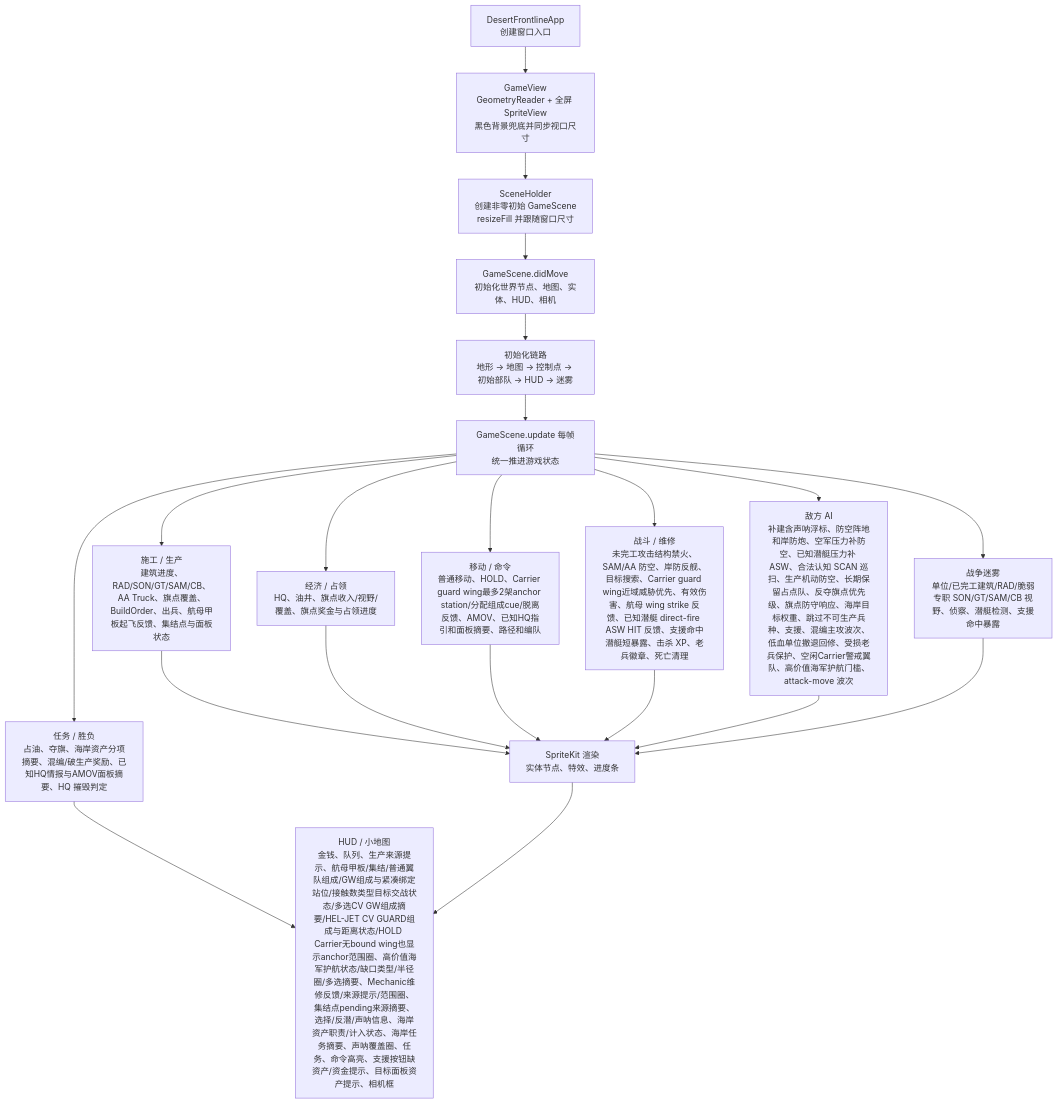
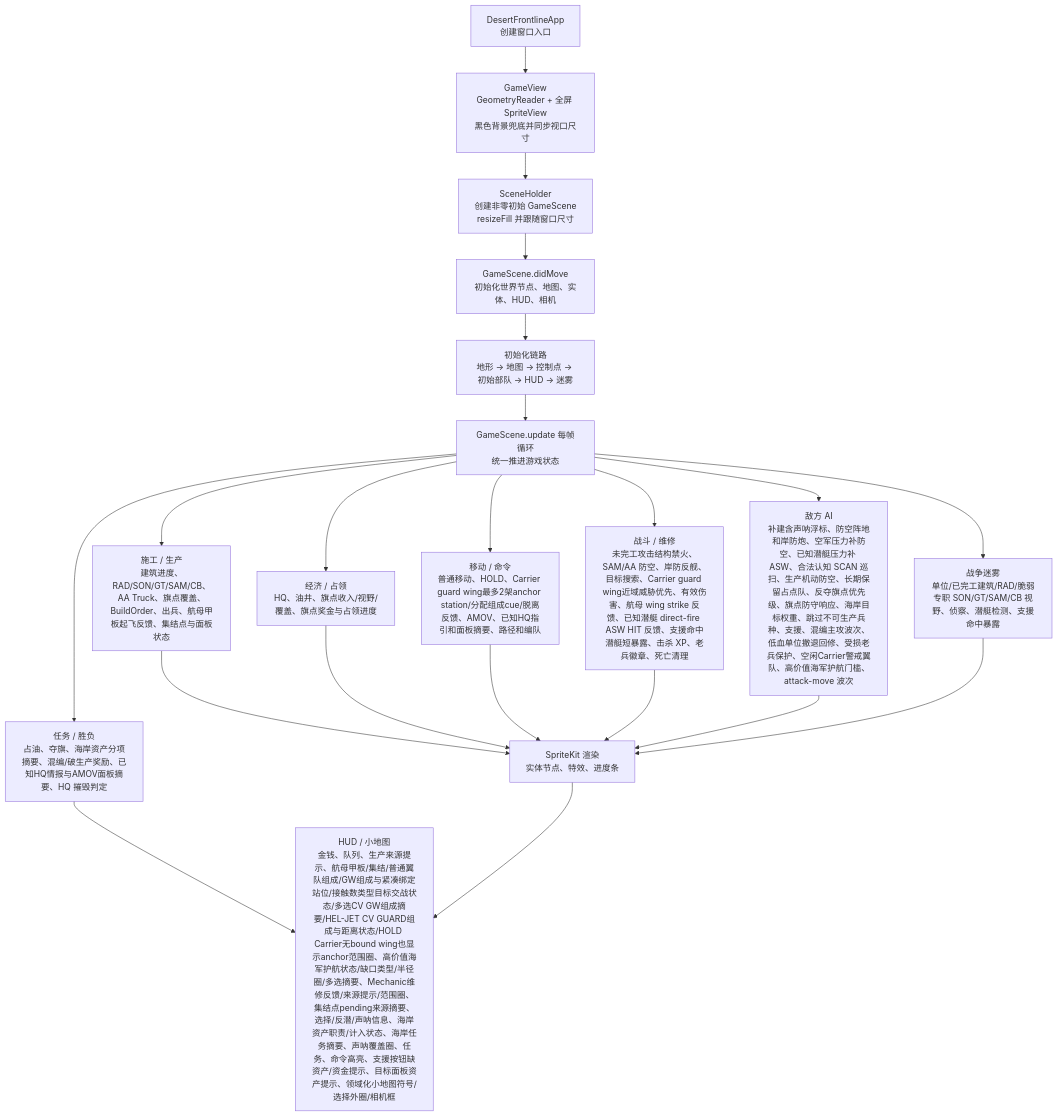
One commit to Altman-sam114/1145 changed the first of 3 diagrams in md/flow/flowchart.md. Above: the diagram before and after it, drawn with Mermaid. The commit also changed 4 other files, not shown here.

Commit message:
v4.71: 强化小地图海空态势图标

````diff
--- a/md/flow/flowchart.md
+++ b/md/flow/flowchart.md
@@ -9,23 +9,23 @@
 ```mermaid
 flowchart TD
   App["DesertFrontlineApp\n创建窗口入口"] --> View["GameView\nGeometryReader + 全屏 SpriteView\n黑色背景兜底并同步视口尺寸"]
   View --> Holder["SceneHolder\n创建非零初始 GameScene\nresizeFill 并跟随窗口尺寸"]
   Holder --> Scene["GameScene.didMove\n初始化世界节点、地图、实体、HUD、相机"]
   Scene --> Init["初始化链路\n地形 -> 地图 -> 控制点 -> 初始部队 -> HUD -> 迷雾"]
   Init --> Loop["GameScene.update 每帧循环\n统一推进游戏状态"]
   Loop --> Build["施工 / 生产\n建筑进度、RAD/SON/GT/SAM/CB、AA Truck、旗点覆盖、BuildOrder、出兵、航母甲板起飞反馈、集结点与面板状态"]
   Loop --> Economy["经济 / 占领\nHQ、油井、旗点收入/视野/覆盖、旗点奖金与占领进度"]
   Loop --> Commands["移动 / 命令\n普通移动、HOLD、Carrier guard wing最多2架anchor station/分配组成cue/脱离反馈、AMOV、已知HQ指引和面板摘要、路径和编队"]
   Loop --> Combat["战斗 / 维修\n未完工攻击结构禁火、SAM/AA 防空、岸防反舰、目标搜索、Carrier guard wing近域威胁优先、有效伤害、航母 wing strike 反馈、已知潜艇 direct-fire ASW HIT 反馈、支援命中潜艇短暴露、击杀 XP、老兵徽章、死亡清理"]
   Loop --> AI["敌方 AI\n补建含声呐浮标、防空阵地和岸防炮、空军压力补防空、已知潜艇压力补 ASW、合法认知 SCAN 巡扫、生产机动防空、长期保留占点队、反夺旗点优先级、旗点防守响应、海岸目标权重、跳过不可生产兵种、支援、混编主攻波次、低血单位撤退回修、受损老兵保护、空闲Carrier警戒翼队、高价值海军护航门槛、attack-move 波次"]
   Loop --> Fog["战争迷雾\n单位/已完工建筑/RAD/脆弱专职 SON/GT/SAM/CB 视野、侦察、潜艇检测、支援命中暴露"]
   Loop --> Mission["任务 / 胜负\n占油、夺旗、海岸资产分项摘要、混编/破生产奖励、已知HQ情报与AMOV面板摘要、HQ 摧毁判定"]
   Build --> Render["SpriteKit 渲染\n实体节点、特效、进度条"]
   Economy --> Render
   Commands --> Render
   Combat --> Render
   AI --> Render
   Fog --> Render
-  Mission --> HUD["HUD / 小地图\n金钱、队列、生产来源提示、航母甲板/集结/普通翼队组成/GW组成与紧凑绑定站位/接触数类型目标交战状态/多选CV GW组成摘要/HEL-JET CV GUARD组成与距离状态/HOLD Carrier无bound wing也显示anchor范围圈、高价值海军护航状态/缺口类型/半径圈/多选摘要、Mechanic维修反馈/来源提示/范围圈、集结点pending来源摘要、选择/反潜/声呐信息、海岸资产职责/计入状态、海岸任务摘要、声呐覆盖圈、任务、命令高亮、支援按钮缺资产/资金提示、目标面板资产提示、相机框"]
+  Mission --> HUD["HUD / 小地图\n金钱、队列、生产来源提示、航母甲板/集结/普通翼队组成/GW组成与紧凑绑定站位/接触数类型目标交战状态/多选CV GW组成摘要/HEL-JET CV GUARD组成与距离状态/HOLD Carrier无bound wing也显示anchor范围圈、高价值海军护航状态/缺口类型/半径圈/多选摘要、Mechanic维修反馈/来源提示/范围圈、集结点pending来源摘要、选择/反潜/声呐信息、海岸资产职责/计入状态、海岸任务摘要、声呐覆盖圈、任务、命令高亮、支援按钮缺资产/资金提示、目标面板资产提示、领域化小地图符号/选择外圈/相机框"]
   Render --> HUD
 ```
````
